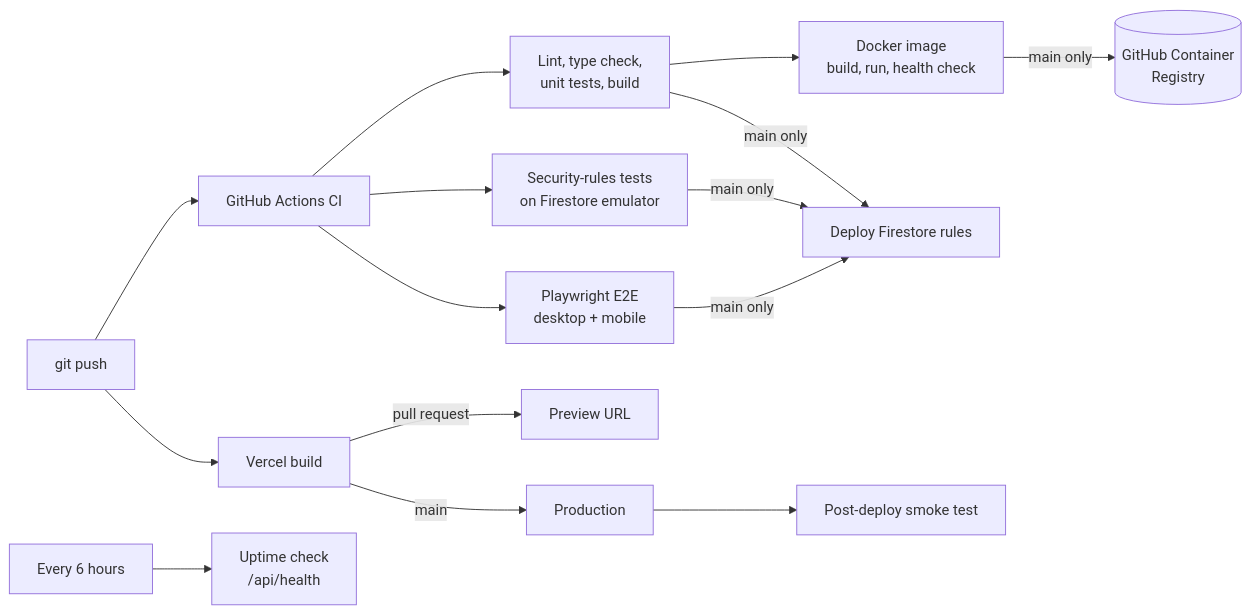
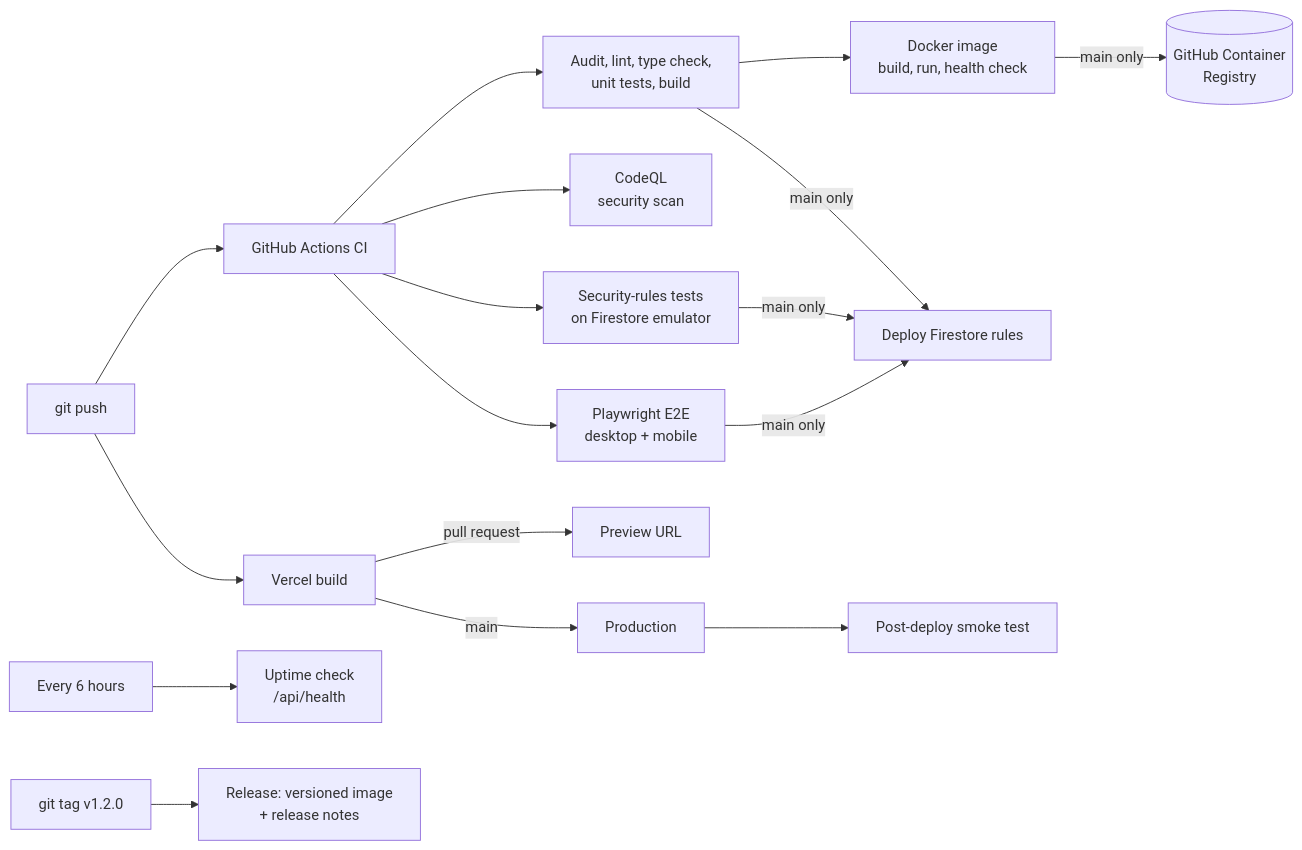
The second of 2 diagrams in README.md (vishi-vishnu/projectdesk), drawn with Mermaid before and after one commit. The commit also changed other lines of this file and 13 other files, not shown here.

First line of the commit message:
ci: CodeQL scanning, dependency audit, tagged releases and up-to-date actions

````diff
--- a/README.md
+++ b/README.md
@@ -138,15 +140,17 @@
 ```mermaid
 flowchart LR
     A[git push] --> B[GitHub Actions CI]
-    B --> C[Lint, type check,<br/>unit tests, build]
+    B --> C[Audit, lint, type check,<br/>unit tests, build]
+    B --> S[CodeQL<br/>security scan]
     B --> D[Security-rules tests<br/>on Firestore emulator]
     B --> E[Playwright E2E<br/>desktop + mobile]
     C --> F[Docker image<br/>build, run, health check]
     F -->|main only| G[(GitHub Container<br/>Registry)]
     C & D & E -->|main only| H[Deploy Firestore rules]
     A --> I[Vercel build]
     I -->|pull request| J[Preview URL]
     I -->|main| K[Production]
     K --> L[Post-deploy smoke test]
     M[Every 6 hours] --> N[Uptime check<br/>/api/health]
+    T[git tag v1.2.0] --> R[Release: versioned image<br/>+ release notes]
 ```
````
